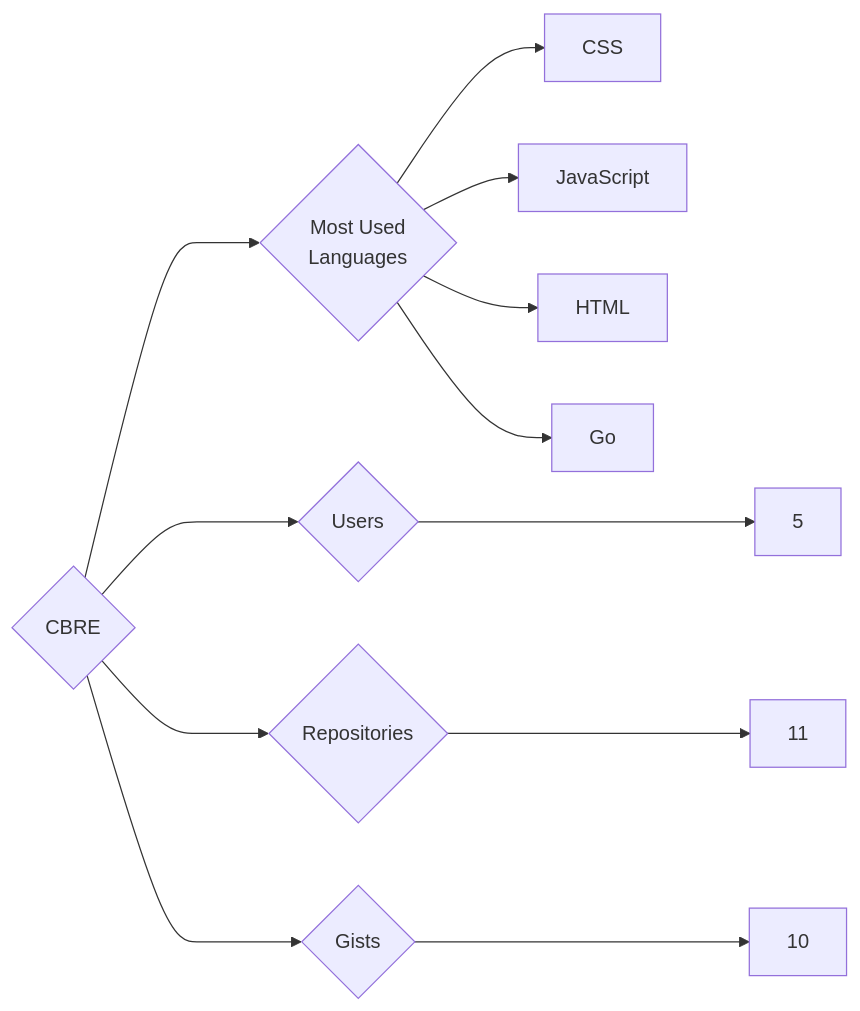
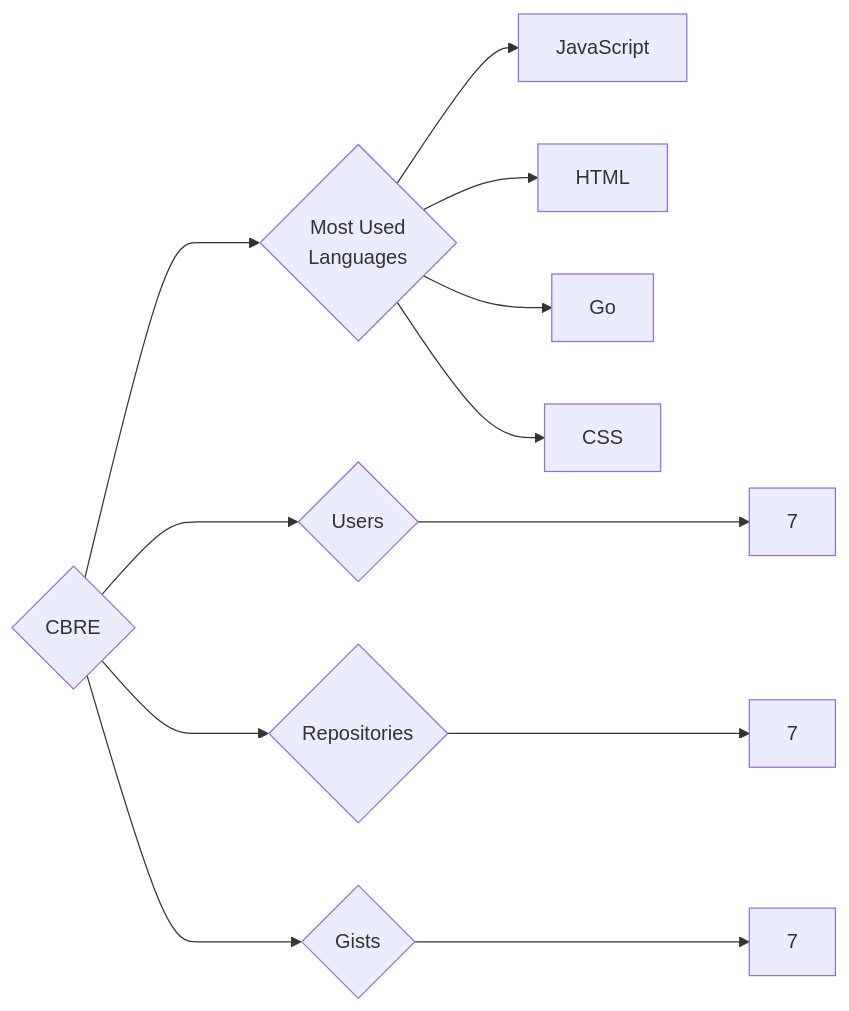
One commit to trickest/insiders changed the diagram in targets/CBRE/README.md. Above: the diagram before and after it, drawn with Mermaid. The commit also changed 1148 other files, not shown here.

````diff
--- a/targets/CBRE/README.md
+++ b/targets/CBRE/README.md
@@ -3,12 +3,12 @@
 ```mermaid
 graph LR
 COMPANY_NAME{CBRE}
-COMPANY_NAME ---> U{Users} ---> UN[5]
-COMPANY_NAME ---> R{Repositories} ---> RN[11]
-COMPANY_NAME ---> G{Gists} ---> GN[10]
+COMPANY_NAME ---> U{Users} ---> UN[7]
+COMPANY_NAME ---> R{Repositories} ---> RN[7]
+COMPANY_NAME ---> G{Gists} ---> GN[7]
 COMPANY_NAME ---> ML{Most Used<br>Languages}
-ML --> CSS[CSS]
 ML --> JavaScript[JavaScript]
 ML --> HTML[HTML]
 ML --> Go[Go]
+ML --> CSS[CSS]
 ```
````
